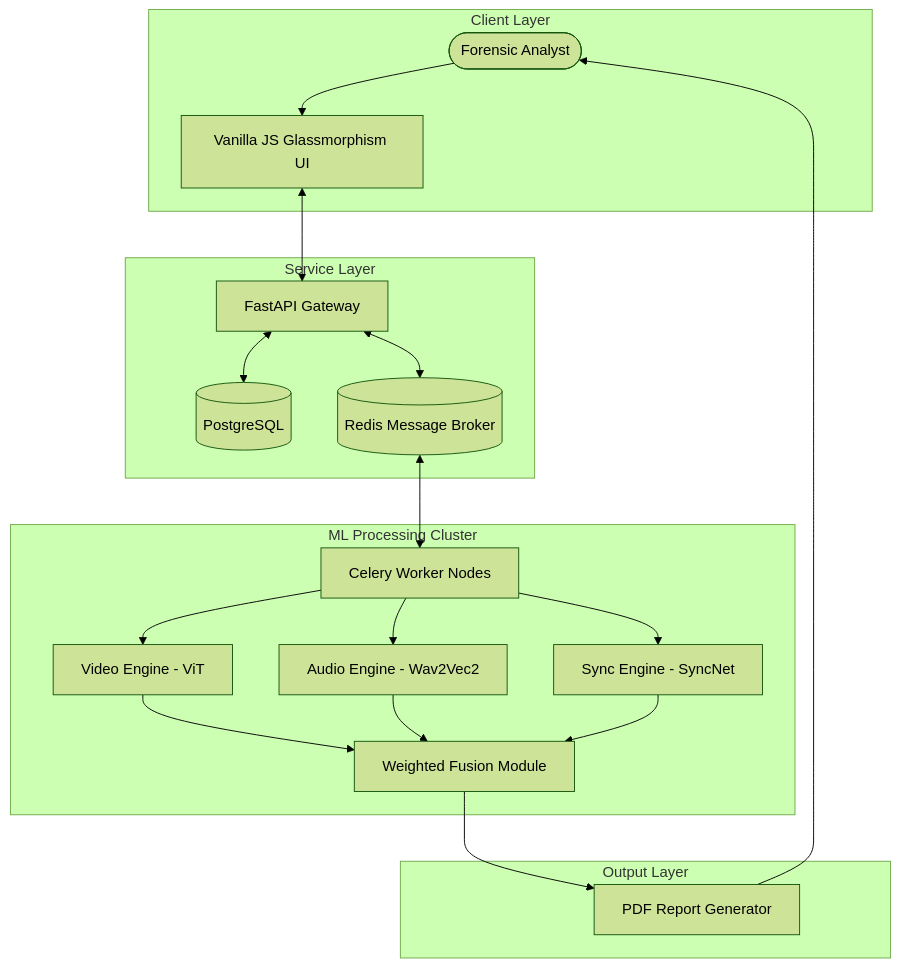
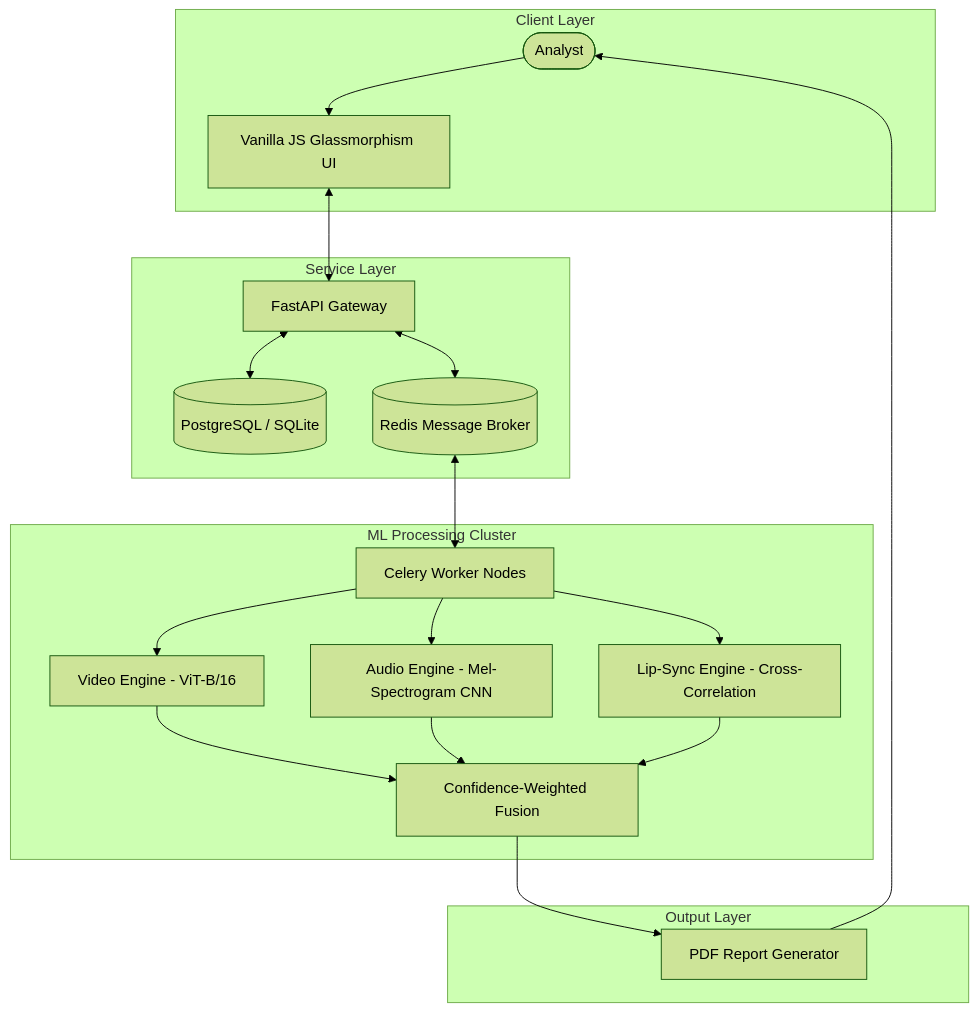
One commit to vtangri/DeepFakeShield changed the diagram in DeepFakeShield_University_Submission_Guide.md. Above: the diagram before and after it, drawn with Mermaid (forest theme). The commit also changed other lines of this file and 4 other files, not shown here.

````diff
--- a/DeepFakeShield_University_Submission_Guide.md
+++ b/DeepFakeShield_University_Submission_Guide.md
@@ -99,25 +118,25 @@
 ```mermaid
 graph TD
     subgraph Client_Space [Client Layer]
-        User([Forensic Analyst]) --> Frontend[Vanilla JS Glassmorphism UI]
+        User([Analyst]) --> Frontend[Vanilla JS Glassmorphism UI]
     end
 
     subgraph Service_Mesh [Service Layer]
         Frontend <--> API[FastAPI Gateway]
-        API <--> DB[(PostgreSQL)]
+        API <--> DB[(PostgreSQL / SQLite)]
         API <--> Redis[(Redis Message Broker)]
     end
 
     subgraph Analysis_Engine [ML Processing Cluster]
         Redis <--> Worker[Celery Worker Nodes]
-        Worker --> V_Eng[Video Engine - ViT]
-        Worker --> A_Eng[Audio Engine - Wav2Vec2]
-        Worker --> L_Eng[Sync Engine - SyncNet]
-        V_Eng & A_Eng & L_Eng --> Fusion[Weighted Fusion Module]
+        Worker --> V_Eng[Video Engine - ViT-B/16]
+        Worker --> A_Eng[Audio Engine - Mel-Spectrogram CNN]
+        Worker --> L_Eng[Lip-Sync Engine - Cross-Correlation]
+        V_Eng & A_Eng & L_Eng --> Fusion[Confidence-Weighted Fusion]
     end
 
     subgraph Delivery [Output Layer]
         Fusion --> PDF[PDF Report Generator]
         PDF --> User
     end
 ```
````
